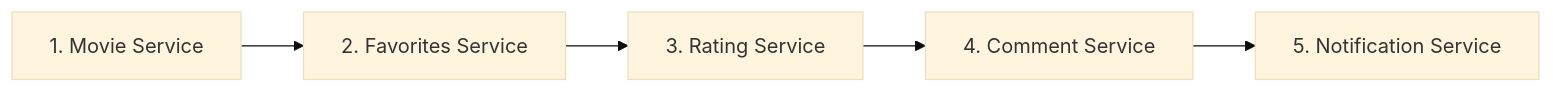
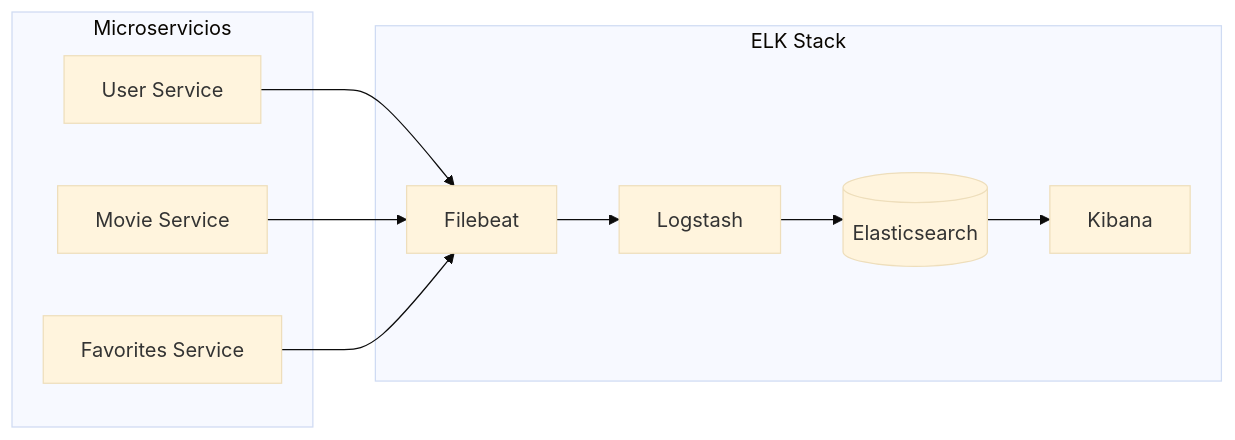
One commit to paelsam/StreamiaServer changed diagram 20 of 27 in README.md. Above: the diagram before and after it, drawn with Mermaid (base theme). The commit also changed other lines of this file and 20 other files, not shown here.

````diff
--- a/README.md
+++ b/README.md
@@ -662,7 +652,20 @@
 ```mermaid
 flowchart LR
-    A[1. Movie Service] --> B[2. Favorites Service]
-    B --> C[3. Rating Service]
-    C --> D[4. Comment Service]
-    D --> E[5. Notification Service]
+    subgraph "Microservicios"
+        US[User Service]
+        MS[Movie Service]
+        FS[Favorites Service]
+    end
+
+    subgraph "ELK Stack"
+        FB[Filebeat]
+        LS[Logstash]
+        ES[(Elasticsearch)]
+        KIB[Kibana]
+    end
+
+    US --> FB
+    MS --> FB
+    FS --> FB
+    FB --> LS --> ES --> KIB
 ```
````
